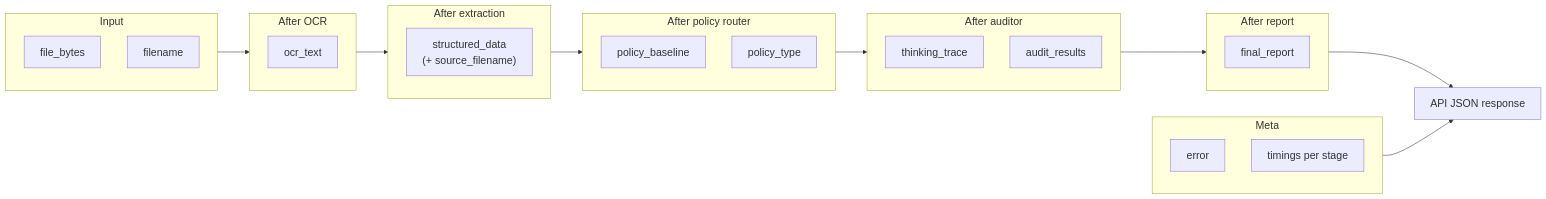
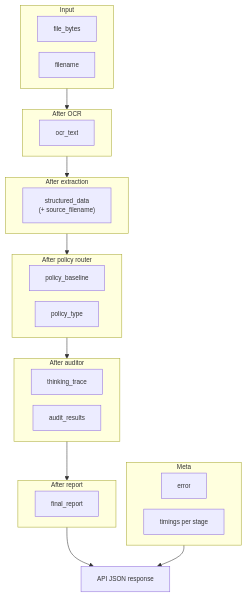
One commit to Kokoro-Doctor/mermaid-diagram changed the diagram in b.md. Above: the diagram before and after it, drawn with Mermaid.

````diff
--- a/b.md
+++ b/b.md
@@ -1,49 +1,49 @@
 ```mermaid
 %%{init: {
   'themeVariables': { 
-    'fontSize': '20px'
+    'fontSize': '12px'
   },
   'flowchart': {
-    'nodeSpacing': 50,
-    'rankSpacing': 60,
+    'nodeSpacing': 20,
+    'rankSpacing': 40,
     'diagramPadding': 20
   }
 }}%%
 
-flowchart LR
+flowchart TD
     subgraph In["Input"]
         FB["file_bytes"]
         FN["filename"]
     end
 
     subgraph S1["After OCR"]
         OT["ocr_text"]
     end
 
     subgraph S2["After extraction"]
         SD["structured_data\n(+ source_filename)"]
     end
 
     subgraph S3["After policy router"]
         PB["policy_baseline"]
         PT["policy_type"]
     end
 
     subgraph S4["After auditor"]
         TT["thinking_trace"]
         AR["audit_results"]
     end
 
     subgraph S5["After report"]
         FR["final_report"]
     end
 
     subgraph Meta["Meta"]
         ER["error"]
         TM["timings per stage"]
     end
 
     In --> S1 --> S2 --> S3 --> S4 --> S5
     S5 --> Out["API JSON response"]
     Meta --> Out
 ```
````
